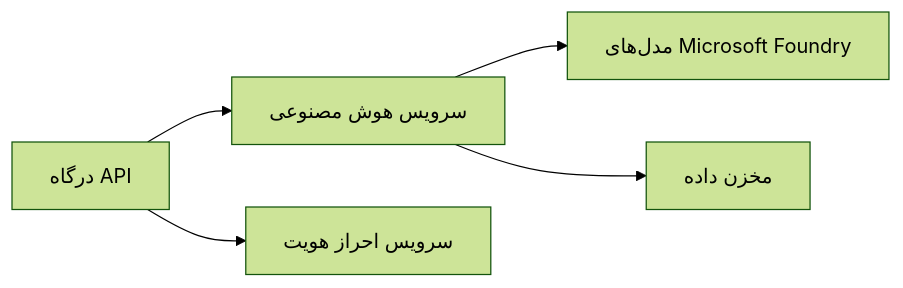
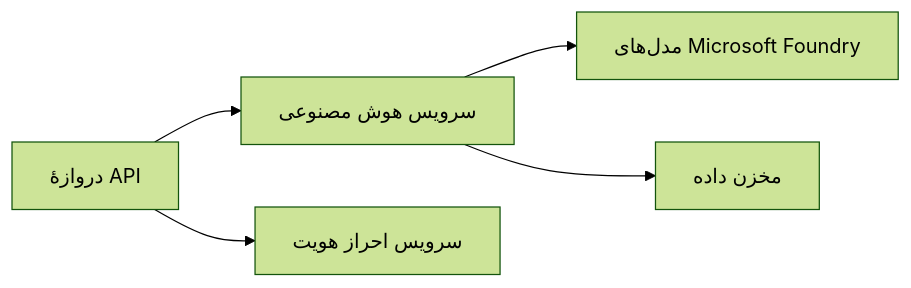
The first of 2 diagrams in translations/fa/docs/chapter-08-production/README.md (microsoft/AZD-for-beginners), drawn with Mermaid (forest theme) before and after one commit. The commit also changed other lines of this file and 104 other files, not shown here.

````diff
--- a/translations/fa/docs/chapter-08-production/README.md
+++ b/translations/fa/docs/chapter-08-production/README.md
@@ -48,6 +48,6 @@
 ```mermaid
 graph LR
-    Gateway[درگاه API] --> AI[سرویس هوش مصنوعی] --> Models[مدل‌های Microsoft Foundry]
+    Gateway[دروازهٔ API] --> AI[سرویس هوش مصنوعی] --> Models[مدل‌های Microsoft Foundry]
     Gateway --> Auth[سرویس احراز هویت]
     AI --> Data[مخزن داده]
 ```
````
